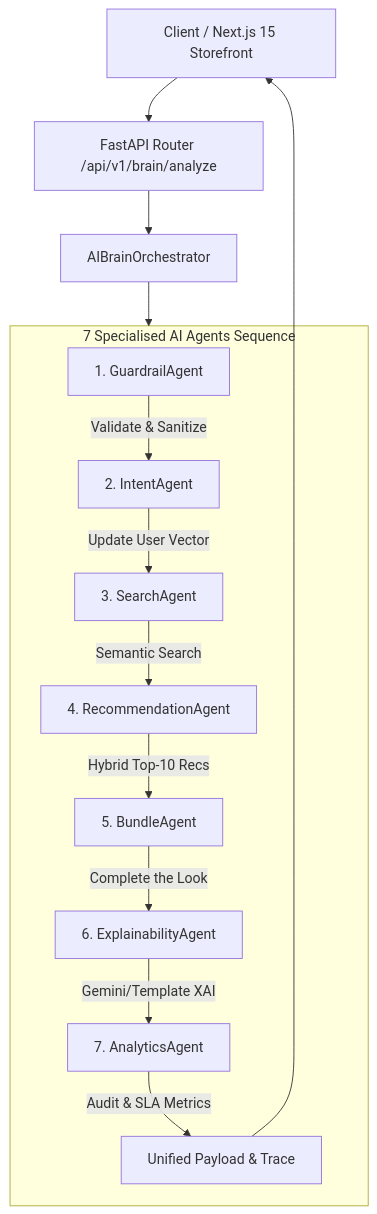
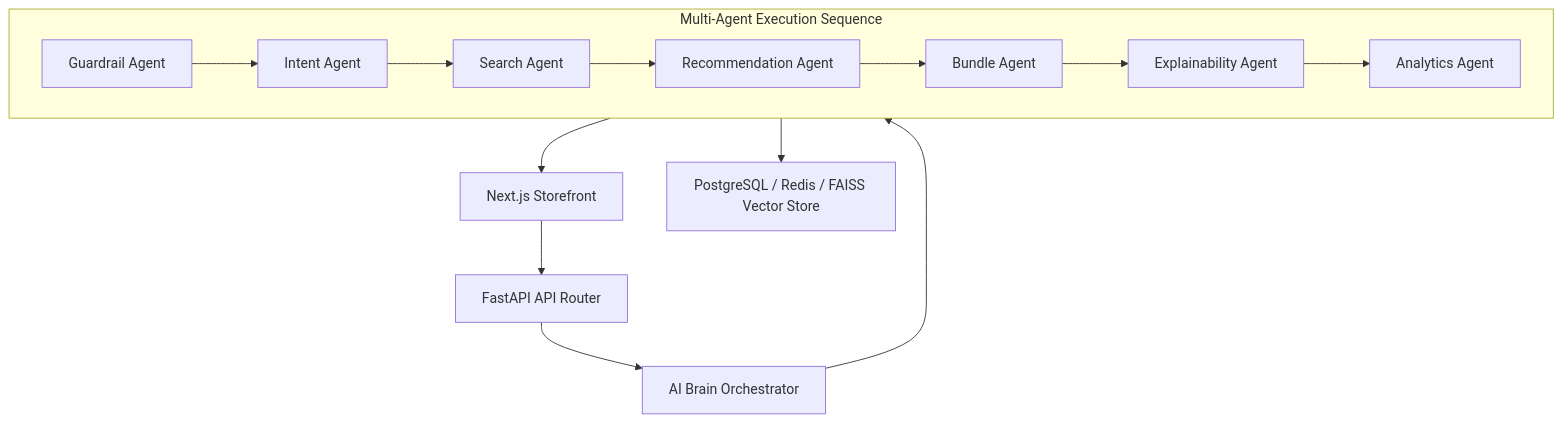
The diagram in README.md (saipraveen-k/IntentIQ), drawn with Mermaid before and after one commit. The commit also changed other lines of this file and 17 other files, not shown here.

````diff
--- a/README.md
+++ b/README.md
@@ -25,18 +39,18 @@
 ```mermaid
 flowchart TD
-    Client["Client / Next.js 15 Storefront"] --> API["FastAPI Router /api/v1/brain/analyze"]
-    API --> Brain["AIBrainOrchestrator"]
+    Client["Next.js Storefront"] --> Router["FastAPI API Router"]
+    Router --> Orchestrator["AI Brain Orchestrator"]
 
-    subgraph Agents ["7 Specialised AI Agents Sequence"]
-        A1["1. GuardrailAgent"] -->|Validate & Sanitize| A2["2. IntentAgent"]
-        A2 -->|Update User Vector| A3["3. SearchAgent"]
-        A3 -->|Semantic Search| A4["4. RecommendationAgent"]
-        A4 -->|Hybrid Top-10 Recs| A5["5. BundleAgent"]
-        A5 -->|Complete the Look| A6["6. ExplainabilityAgent"]
-        A6 -->|Gemini/Template XAI| A7["7. AnalyticsAgent"]
-        A7 -->|Audit & SLA Metrics| Merger["Unified Payload & Trace"]
+    subgraph Pipeline ["Multi-Agent Execution Sequence"]
+        Guardrail["Guardrail Agent"] --> Intent["Intent Agent"]
+        Intent --> Search["Search Agent"]
+        Search --> Recs["Recommendation Agent"]
+        Recs --> Bundle["Bundle Agent"]
+        Bundle --> XAI["Explainability Agent"]
+        XAI --> Analytics["Analytics Agent"]
     end
 
-    Brain --> Agents
-    Merger --> Client
+    Orchestrator --> Pipeline
+    Pipeline --> Storage["PostgreSQL / Redis / FAISS Vector Store"]
+    Pipeline --> Client
 ```
````
